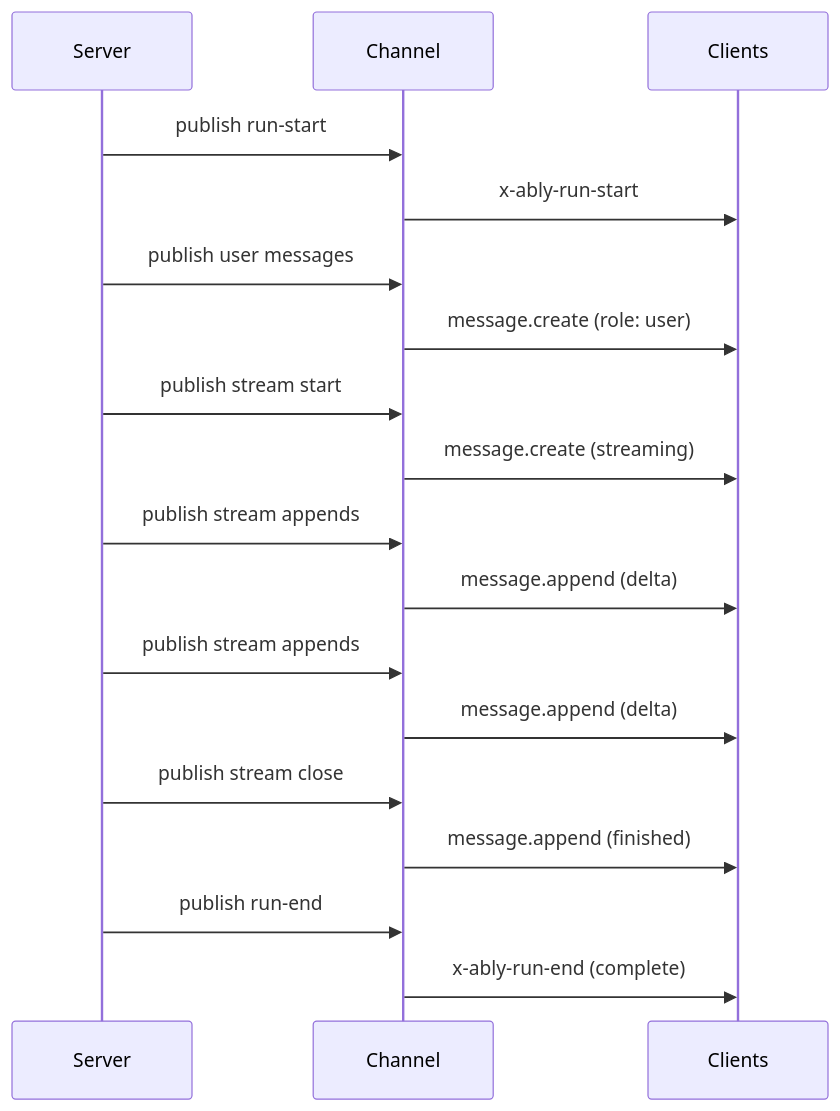
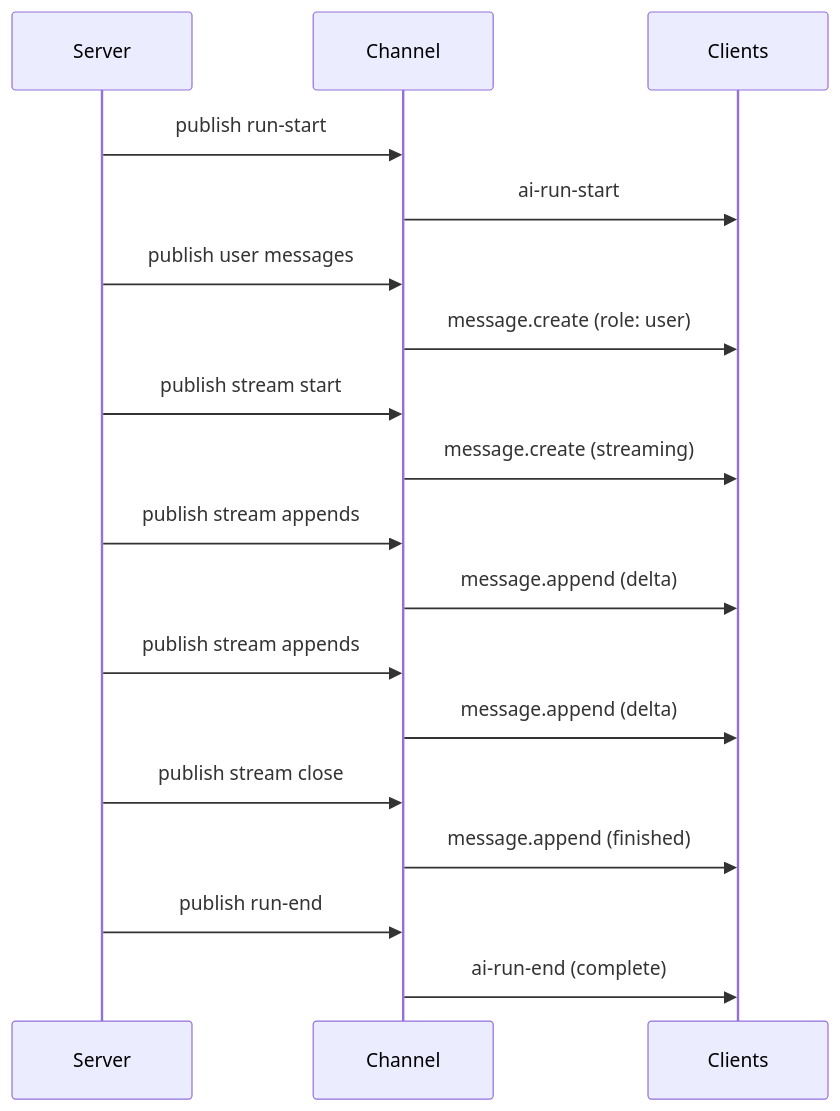
The first of 2 diagrams in docs/internals/wire-protocol.md (ably/ably-ai-transport-js), drawn with Mermaid before and after one commit. The commit also changed other lines of this file and 10 other files, not shown here.

````diff
--- a/docs/internals/wire-protocol.md
+++ b/docs/internals/wire-protocol.md
@@ -123,24 +123,24 @@
 ```mermaid
 sequenceDiagram
     participant S as Server
     participant Ch as Channel
     participant C as Clients
 
     S->>Ch: publish run-start
-    Ch->>C: x-ably-run-start
+    Ch->>C: ai-run-start
 
     S->>Ch: publish user messages
     Ch->>C: message.create (role: user)
 
     S->>Ch: publish stream start
     Ch->>C: message.create (streaming)
     S->>Ch: publish stream appends
     Ch->>C: message.append (delta)
     S->>Ch: publish stream appends
     Ch->>C: message.append (delta)
     S->>Ch: publish stream close
     Ch->>C: message.append (finished)
 
     S->>Ch: publish run-end
-    Ch->>C: x-ably-run-end (complete)
+    Ch->>C: ai-run-end (complete)
 ```
````
